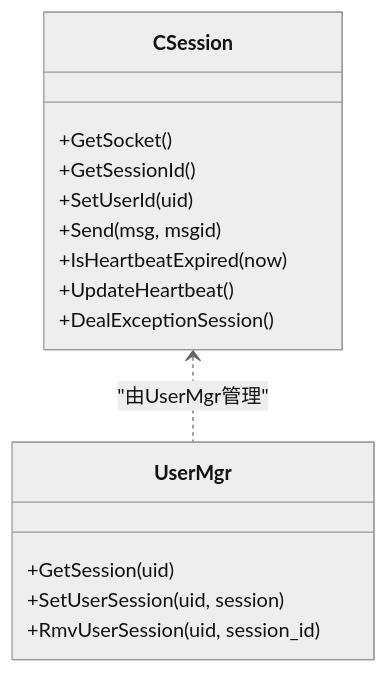
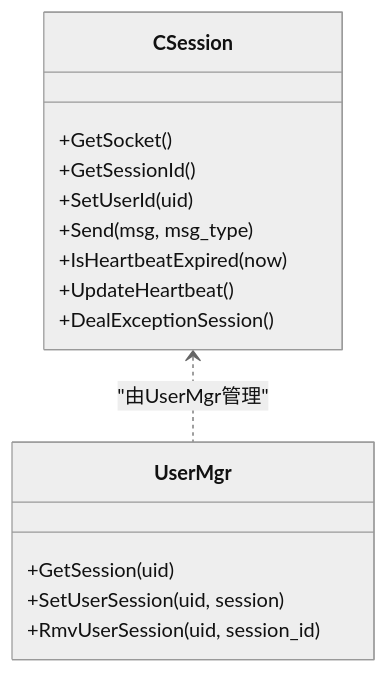
One commit to echo9923/mychatter changed the fourth of 5 diagrams in .qoder/repowiki/zh/content/安全设计/安全设计.md. Above: the diagram before and after it, drawn with Mermaid (neutral theme). The commit also changed 128 other files, not shown here.

First line of the commit message:
refactor(protocol): TCP 帧头消息类型 msg_id 全局改名为 msg_type

````diff
--- a/.qoder/repowiki/zh/content/安全设计/安全设计.md
+++ b/.qoder/repowiki/zh/content/安全设计/安全设计.md
@@ -187,18 +187,18 @@
 ```mermaid
 classDiagram
 class CSession {
 +GetSocket()
 +GetSessionId()
 +SetUserId(uid)
-+Send(msg, msgid)
++Send(msg, msg_type)
 +IsHeartbeatExpired(now)
 +UpdateHeartbeat()
 +DealExceptionSession()
 }
 class UserMgr {
 +GetSession(uid)
 +SetUserSession(uid, session)
 +RmvUserSession(uid, session_id)
 }
 CSession <.. UserMgr : "由UserMgr管理"
 ```
````
